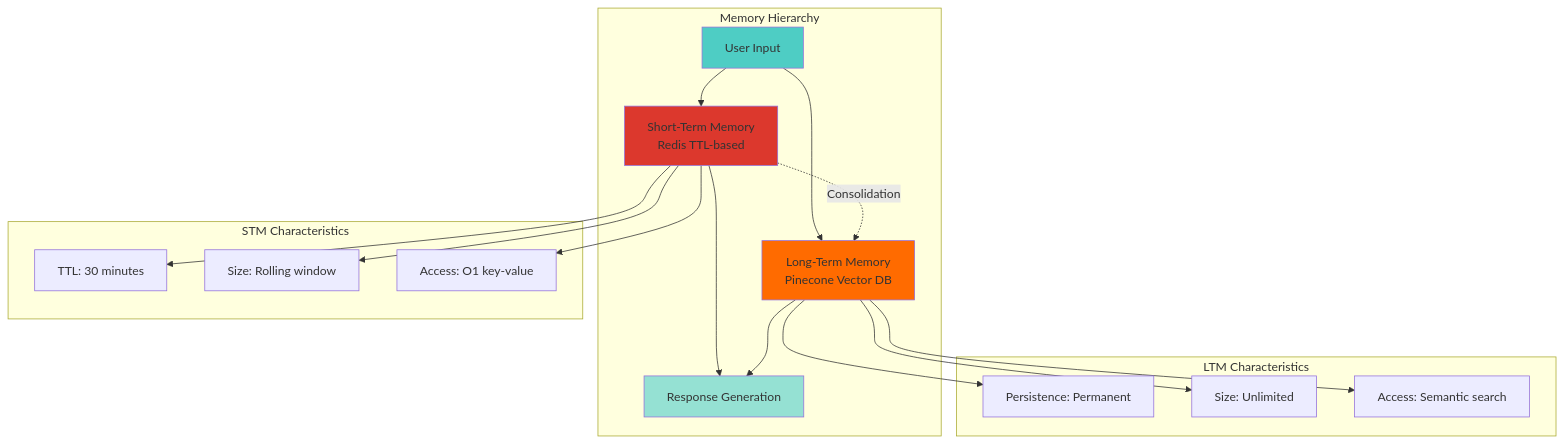
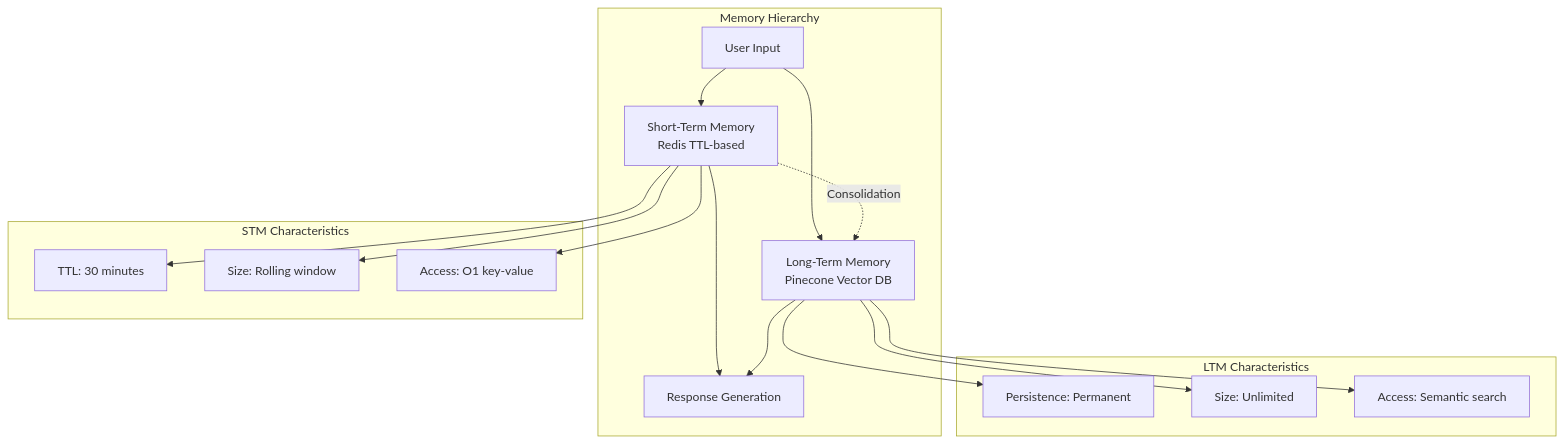
One commit to Shashwat-Akhilesh-Shukla/Cognitive-AI changed the fourth of 18 diagrams in RESEARCH.md. Above: the diagram before and after it, drawn with Mermaid. The commit also changed other lines of this file and 4 other files, not shown here.

````diff
--- a/RESEARCH.md
+++ b/RESEARCH.md
@@ -331,41 +357,36 @@
 ```mermaid
 graph TB
     subgraph "Memory Hierarchy"
         INPUT[User Input]
         STM[Short-Term Memory<br/>Redis TTL-based]
         LTM[Long-Term Memory<br/>Pinecone Vector DB]
         OUTPUT[Response Generation]
     end
     
     subgraph "STM Characteristics"
         STM_TTL[TTL: 30 minutes]
         STM_SIZE[Size: Rolling window]
         STM_ACCESS[Access: O1 key-value]
     end
     
     subgraph "LTM Characteristics"
         LTM_PERSIST[Persistence: Permanent]
         LTM_SIZE[Size: Unlimited]
         LTM_ACCESS[Access: Semantic search]
     end
     
     INPUT --> STM
     INPUT --> LTM
     STM --> OUTPUT
     LTM --> OUTPUT
     
     STM -.->|Consolidation| LTM
     
     STM --> STM_TTL
     STM --> STM_SIZE
     STM --> STM_ACCESS
-    
+
     LTM --> LTM_PERSIST
     LTM --> LTM_SIZE
     LTM --> LTM_ACCESS
-    
-    style STM fill:#dc382d
-    style LTM fill:#ff6b00
-    style INPUT fill:#4ecdc4
-    style OUTPUT fill:#95e1d3
 ```
````
